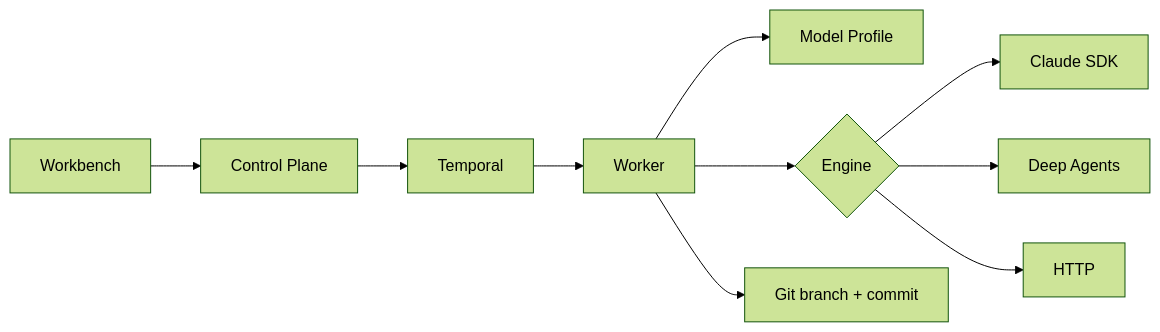
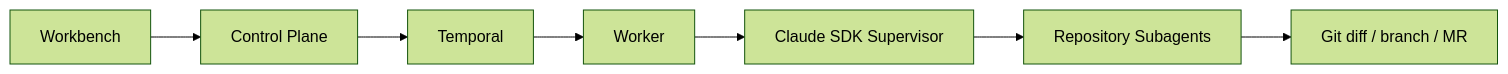
The diagram in README.md (IsNoOneHere/asterism), drawn with Mermaid (forest theme) before and after one commit. The commit also changed other lines of this file and 70 other files, not shown here.

Commit message:
refactor: retire legacy execution architecture

````diff
--- a/README.md
+++ b/README.md
@@ -7,12 +7,9 @@
 ```mermaid
 flowchart LR
   UI[Workbench] --> CP[Control Plane]
   CP --> T[Temporal]
   T --> W[Worker]
-  W --> P[Model Profile]
-  W --> E{Engine}
-  E --> C[Claude SDK]
-  E --> D[Deep Agents]
-  E --> H[HTTP]
-  W --> G[Git branch + commit]
+  W --> S[Claude SDK Supervisor]
+  S --> A[Repository Subagents]
+  A --> G[Git diff / branch / MR]
 ```
````
